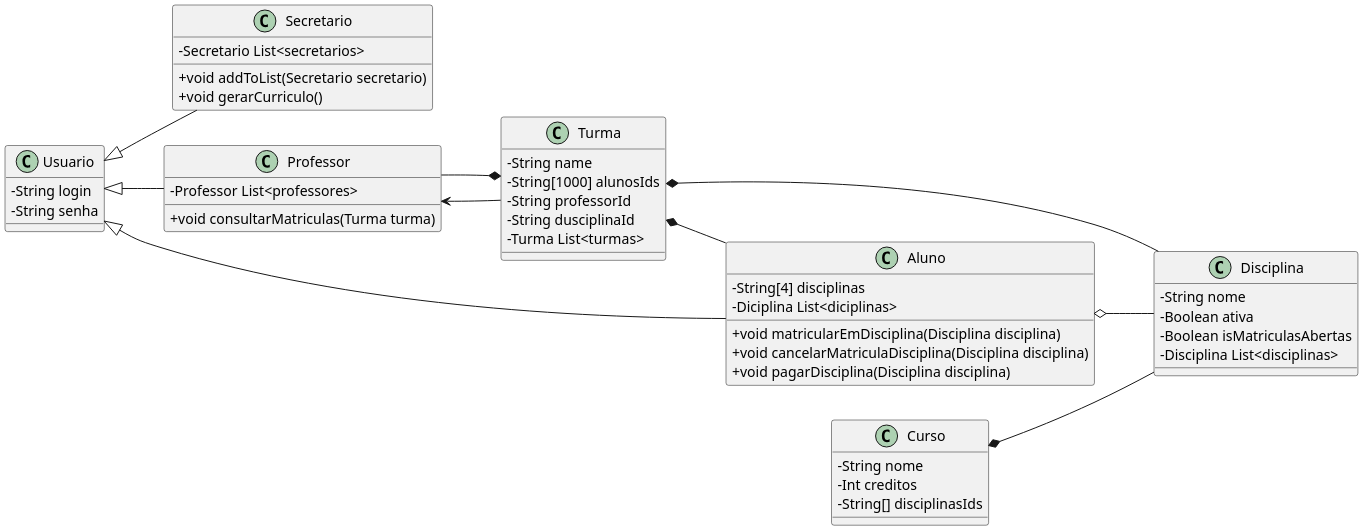
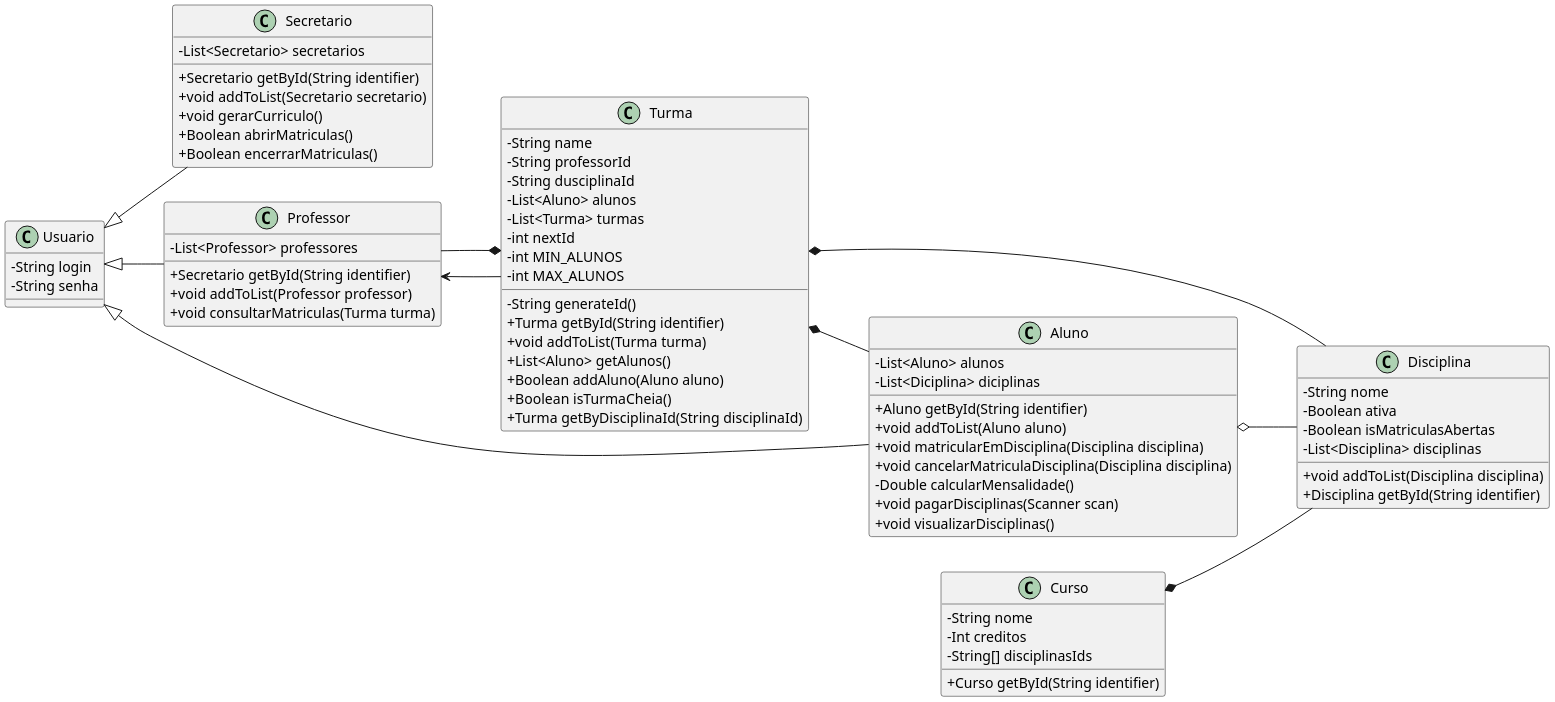
One commit to milenalara/sistema-matricula changed the diagram in project/docs/DiagramaClasseLab01S01.puml. Above: the diagram before and after it, drawn with PlantUML. The commit also changed 7 other files, not shown here.

Commit message:
doc: updated class diagram

```diff
--- a/project/docs/DiagramaClasseLab01S01.puml
+++ b/project/docs/DiagramaClasseLab01S01.puml
@@ -1,70 +1,93 @@
 @startuml Diagrama de classe universidade
 scale 2
 left to right direction 
 
 skinparam ClassAttributeIconSize 0
 class Usuario{
     -String login
     -String senha
 }
 
 class Secretario{
-    -Secretario List<secretarios>
+    -List<Secretario> secretarios
+    +Secretario getById(String identifier)
     +void addToList(Secretario secretario)
     +void gerarCurriculo()
+    +Boolean abrirMatriculas()
+    +Boolean encerrarMatriculas()
 }
 
 
 class Professor{
-    -Professor List<professores>
+    -List<Professor> professores
+    +Secretario getById(String identifier)
+    +void addToList(Professor professor)
     +void consultarMatriculas(Turma turma)
 }
 
 class Aluno{
-    -String[4] disciplinas
-    -Diciplina List<diciplinas>
+    -List<Aluno> alunos
+    -List<Diciplina> diciplinas
+    +Aluno getById(String identifier)
+    +void addToList(Aluno aluno)
     +void matricularEmDisciplina(Disciplina disciplina)
     +void cancelarMatriculaDisciplina(Disciplina disciplina)
-    +void pagarDisciplina(Disciplina disciplina)
+    -Double calcularMensalidade()
+    +void pagarDisciplinas(Scanner scan)
+    +void visualizarDisciplinas()
+
 }
 
 class Curso{
     -String nome
     -Int creditos
     -String[] disciplinasIds
+    +Curso getById(String identifier)
 }
 
 class Disciplina{
     -String nome
     -Boolean ativa
     -Boolean isMatriculasAbertas
-    -Disciplina List<disciplinas>
+    -List<Disciplina> disciplinas
+    +void addToList(Disciplina disciplina)
+    +Disciplina getById(String identifier)
 }
 
 class Turma{
     -String name
-    -String[1000] alunosIds
     -String professorId
     -String dusciplinaId
-    -Turma List<turmas>
+    -List<Aluno> alunos
+    -List<Turma> turmas
+    -int nextId
+    -int MIN_ALUNOS
+    -int MAX_ALUNOS
+    -String generateId()
+    +Turma getById(String identifier)
+    +void addToList(Turma turma)
+    +List<Aluno> getAlunos()
+    +Boolean addAluno(Aluno aluno)
+    +Boolean isTurmaCheia()
+    +Turma getByDisciplinaId(String disciplinaId)
 }
 
 Usuario <|-- Secretario
 
 Usuario <|-- Professor
 
 Usuario <|-- Aluno
 
 Curso *-- Disciplina
 
 Turma *-- Disciplina
 
 Turma *-- Professor
 
 Turma *-- Aluno
 
 Professor <-- Turma
 
 Aluno o-- Disciplina
 
 @enduml
```
